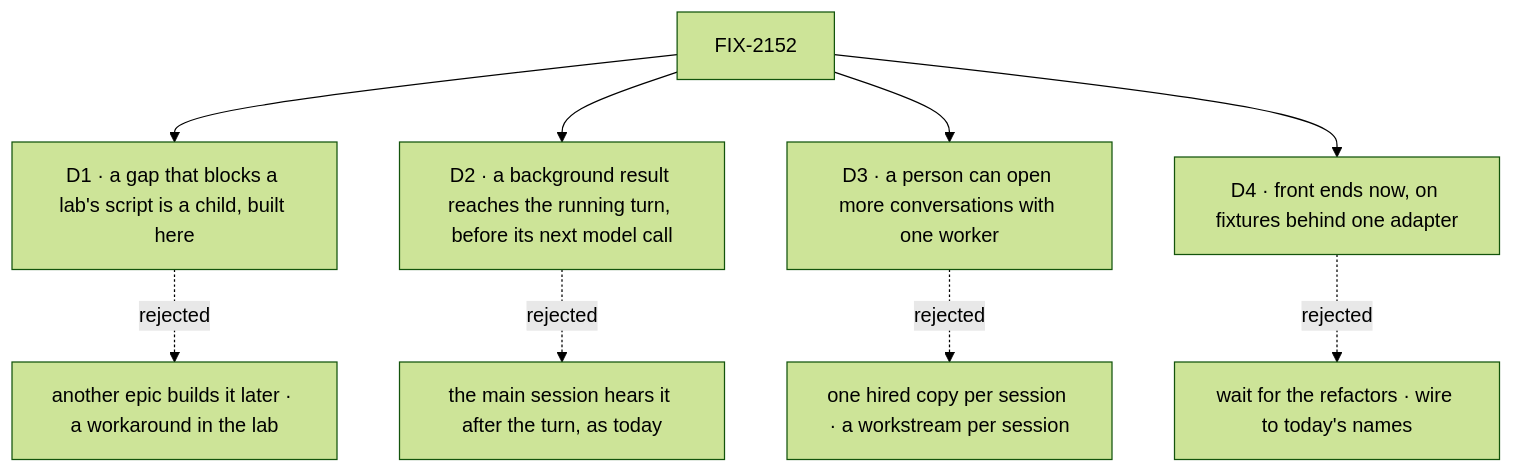
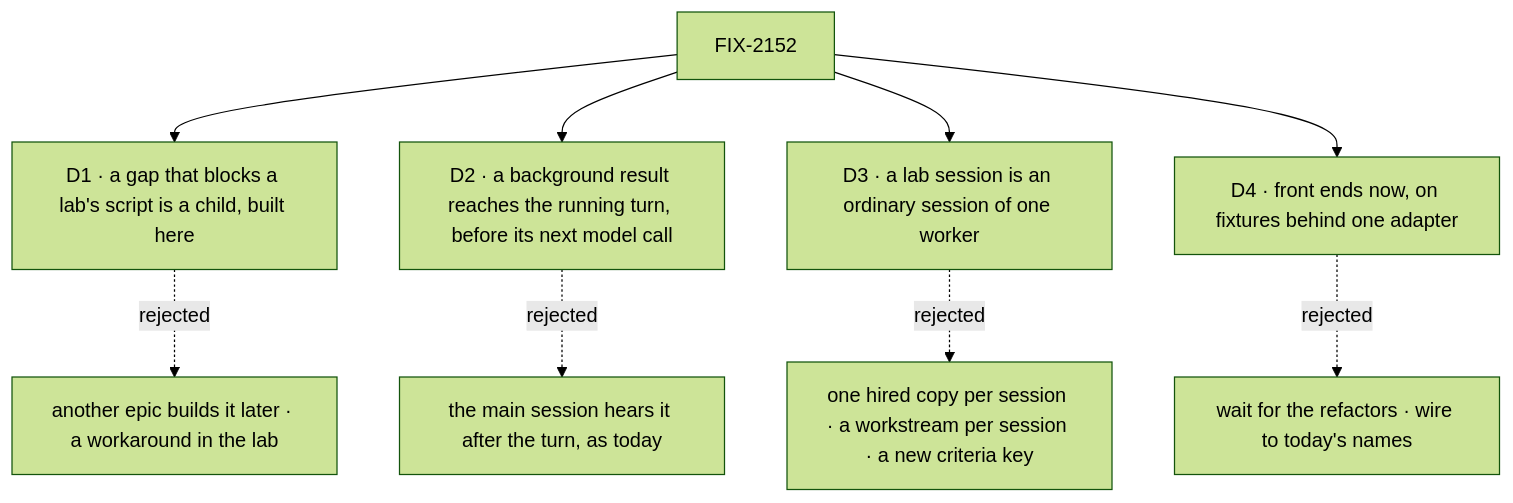
The diagram in specs/epics/FIX-2152/DECISIONS.md (fixpoint-labs/flow-state-dev), drawn with Mermaid (forest theme) before and after one commit. The commit also changed other lines of this file and 4 other files, not shown here.

First line of the commit message:
spec(epic): fold review round one and the architect's D3 correction (FIX-2152)

````diff
--- a/specs/epics/FIX-2152/DECISIONS.md
+++ b/specs/epics/FIX-2152/DECISIONS.md
@@ -12,11 +13,11 @@
 ```mermaid
 flowchart TD
   E["FIX-2152"] --> D1["D1 · a gap that blocks a lab's script is a child, built here"]
   D1 -.->|"rejected"| X1["another epic builds it later · a workaround in the lab"]
   E --> D2["D2 · a background result reaches the running turn, before its next model call"]
   D2 -.->|"rejected"| X2["the main session hears it after the turn, as today"]
-  E --> D3["D3 · a person can open more conversations with one worker"]
-  D3 -.->|"rejected"| X3["one hired copy per session · a workstream per session"]
+  E --> D3["D3 · a lab session is an ordinary session of one worker"]
+  D3 -.->|"rejected"| X3["one hired copy per session · a workstream per session · a new criteria key"]
   E --> D4["D4 · front ends now, on fixtures behind one adapter"]
   D4 -.->|"rejected"| X4["wait for the refactors · wire to today's names"]
 ```
````
